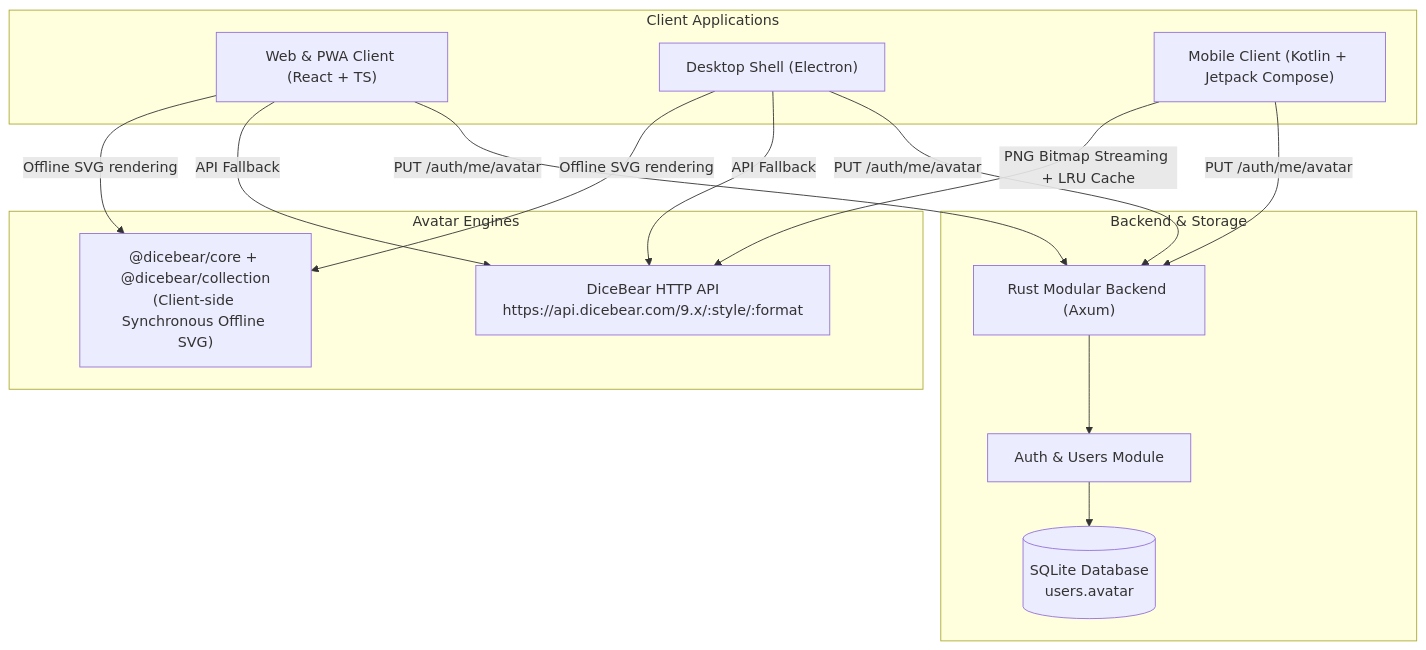
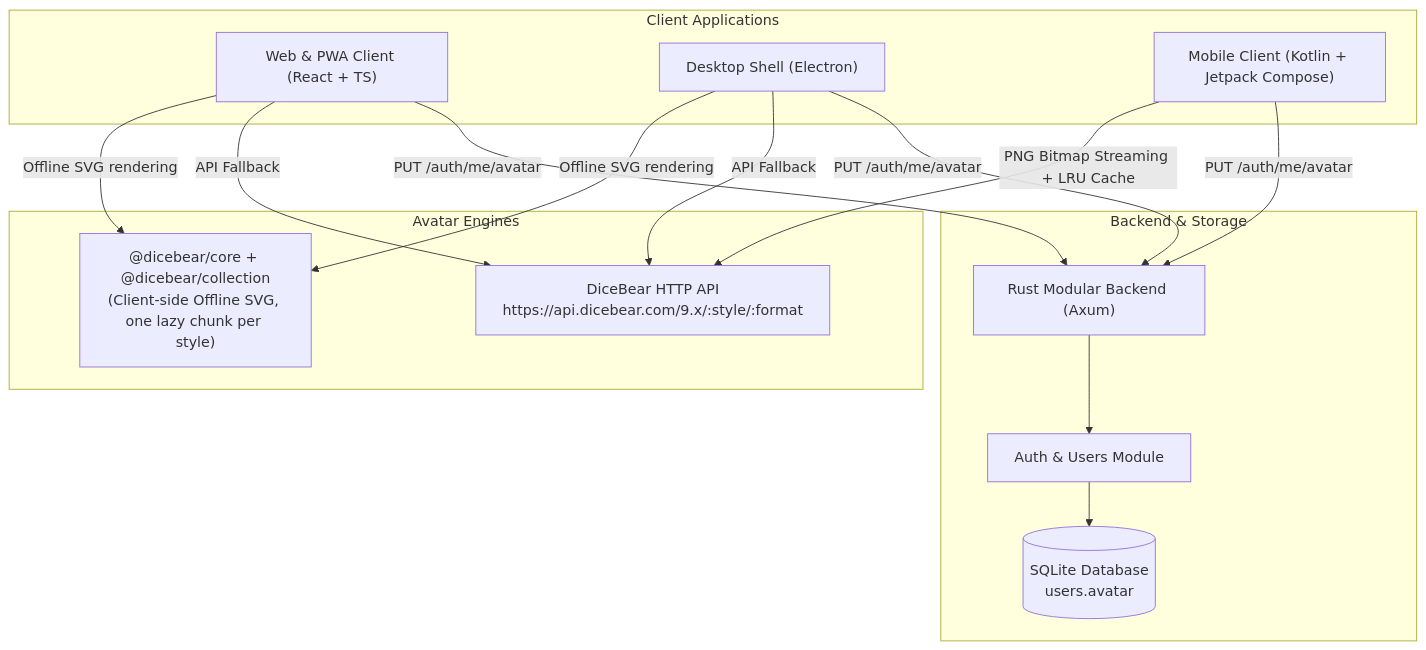
Before and after one commit to aiyu-ayaan/Domus: the diagram in development/docs/AVATAR_SYSTEM.md, drawn with Mermaid. The commit also changed 5 other files, not shown here.

````diff
--- a/development/docs/AVATAR_SYSTEM.md
+++ b/development/docs/AVATAR_SYSTEM.md
@@ -7,32 +7,32 @@
 ```mermaid
 graph TD
     subgraph Client Applications
         Web["Web & PWA Client (React + TS)"]
         Desktop["Desktop Shell (Electron)"]
         Android["Mobile Client (Kotlin + Jetpack Compose)"]
     end
 
     subgraph Avatar Engines
-        Core["@dicebear/core + @dicebear/collection<br/>(Client-side Synchronous Offline SVG)"]
+        Core["@dicebear/core + @dicebear/collection<br/>(Client-side Offline SVG, one lazy chunk per style)"]
         ApiFallback["DiceBear HTTP API<br/>https://api.dicebear.com/9.x/:style/:format"]
     end
 
     subgraph Backend & Storage
         RustBackend["Rust Modular Backend (Axum)"]
         AuthModule["Auth & Users Module"]
         SqliteDB[("SQLite Database<br/>users.avatar")]
     end
 
     Web -->|Offline SVG rendering| Core
     Desktop -->|Offline SVG rendering| Core
     Web -->|API Fallback| ApiFallback
     Desktop -->|API Fallback| ApiFallback
     Android -->|PNG Bitmap Streaming + LRU Cache| ApiFallback
 
     Web -->|PUT /auth/me/avatar| RustBackend
     Desktop -->|PUT /auth/me/avatar| RustBackend
     Android -->|PUT /auth/me/avatar| RustBackend
 
     RustBackend --> AuthModule
     AuthModule --> SqliteDB
 ```
````
